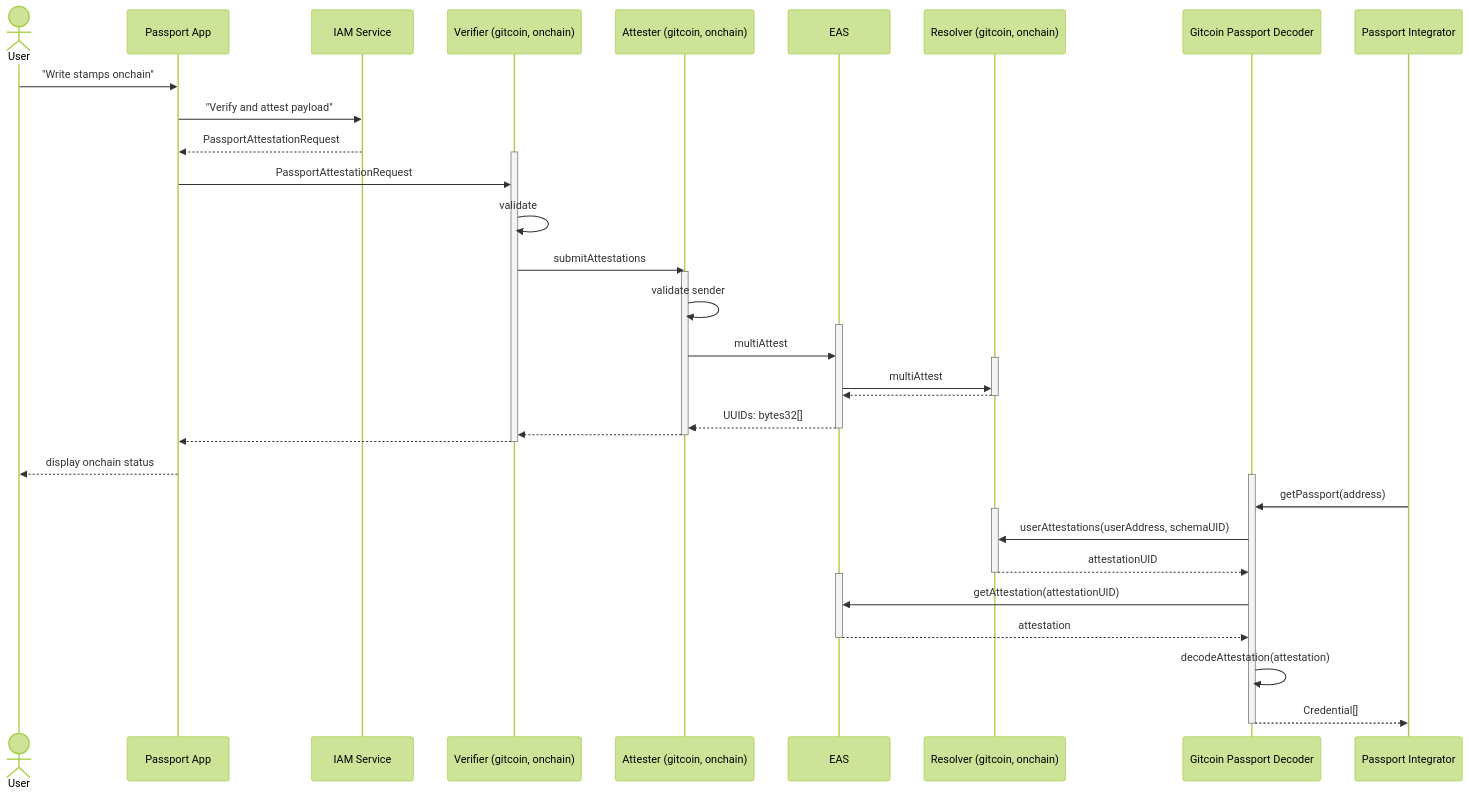
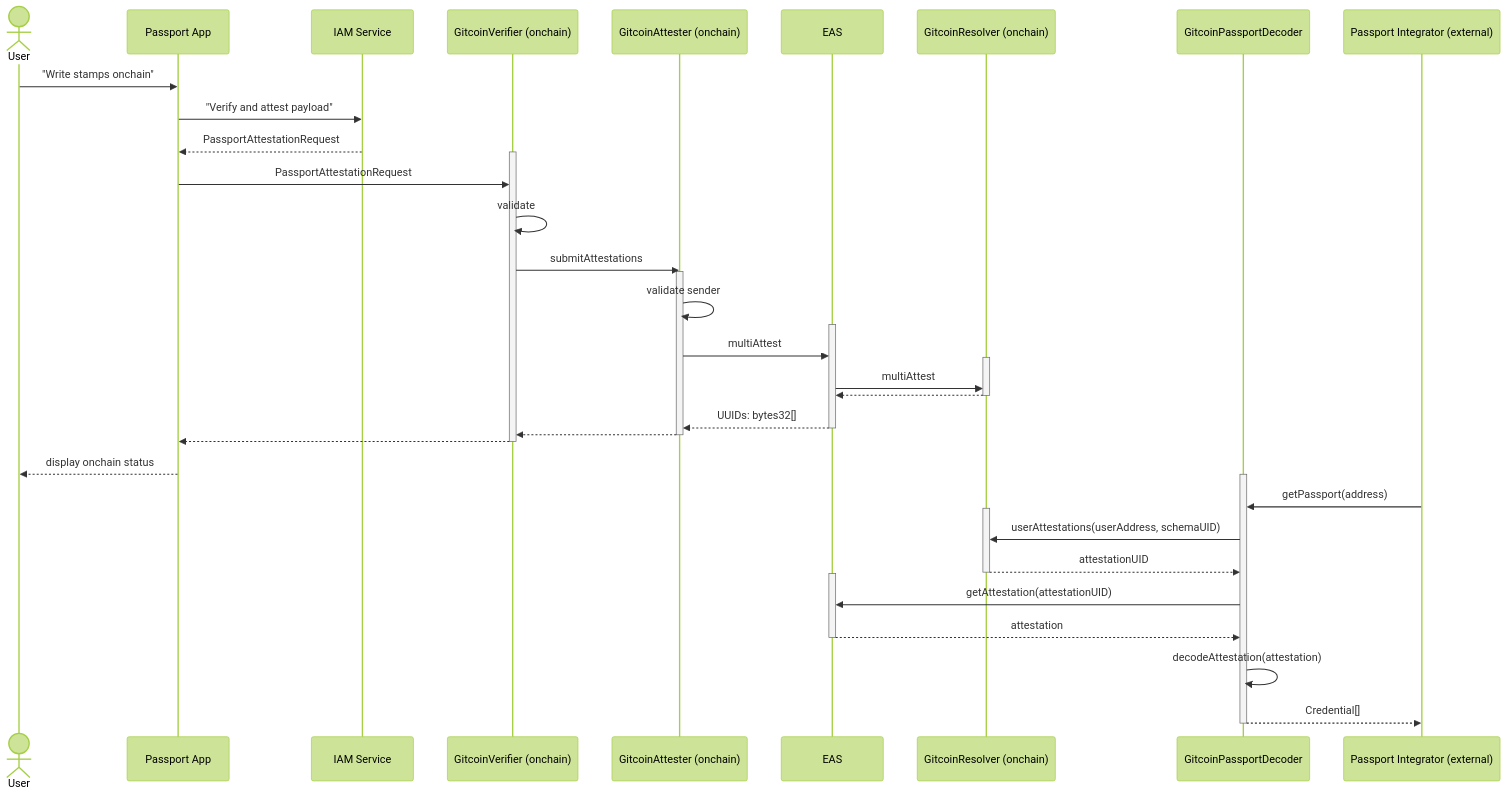
Before and after one commit to passportxyz/eas-proxy: the diagram in docs/00-onchain-data.md, drawn with Mermaid (forest theme). The commit also changed other lines of this file, not shown here.

Commit message:
feat(docs): adding a section 'GitcoinPassportDecoder' to '00-onchain-data.md'

````diff
--- a/docs/00-onchain-data.md
+++ b/docs/00-onchain-data.md
@@ -46,52 +46,52 @@
 ```mermaid
 sequenceDiagram
     actor User
     participant App as Passport App
     participant IAM as IAM Service
-    participant Verifier as Verifier (gitcoin, onchain)
-    participant Attester as Attester (gitcoin, onchain)
+    participant Verifier as GitcoinVerifier (onchain)
+    participant Attester as GitcoinAttester (onchain)
     participant EAS
-    participant Resolver as Resolver (gitcoin, onchain)
-    participant Decoder as Gitcoin Passport Decoder
-    participant External as Passport Integrator
+    participant Resolver as GitcoinResolver (onchain)
+    participant Decoder as GitcoinPassportDecoder
+    participant External as Passport Integrator (external)
     User->>App: "Write stamps onchain"
     App->>IAM: "Verify and attest payload"
     IAM-->>App: PassportAttestationRequest
     activate Verifier
     App->>Verifier: PassportAttestationRequest
     Verifier->>Verifier : validate
     Verifier->>Attester : submitAttestations
     activate Attester
     Attester->>Attester : validate sender
     activate EAS
     Attester->>EAS : multiAttest
     activate Resolver
     EAS->>Resolver : multiAttest
     Resolver-->>EAS : 
     deactivate Resolver
     EAS-->>Attester : UUIDs: bytes32[]
     deactivate EAS
     Attester-->>Verifier : 
     deactivate Attester
     Verifier-->>App : 
     deactivate Verifier
     App-->>User : display onchain status
 
     activate Decoder
     External->>Decoder : getPassport(address)
 
     activate Resolver
     Decoder->>Resolver : userAttestations(userAddress, schemaUID);
     Resolver-->>Decoder : attestationUID
     deactivate Resolver
 
     activate EAS
     Decoder->>EAS : getAttestation(attestationUID)
     EAS-->>Decoder : attestation
     deactivate EAS
 
     Decoder->>Decoder : decodeAttestation(attestation);
 
     Decoder-->>External : Credential[]
     deactivate Decoder
 ```
````
